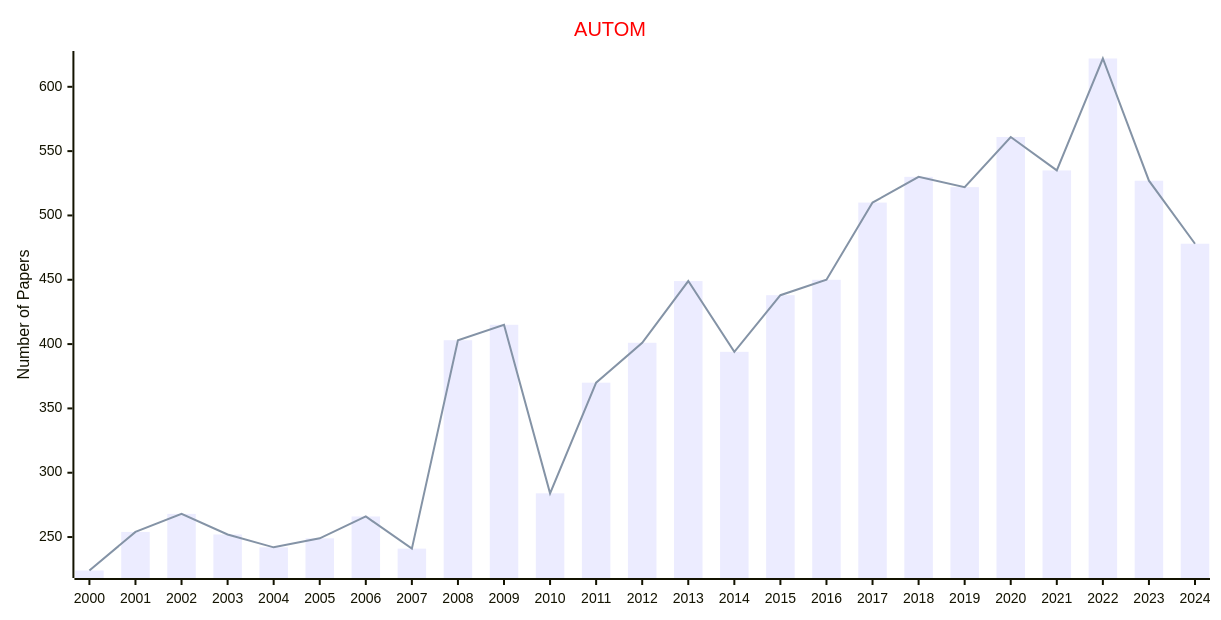
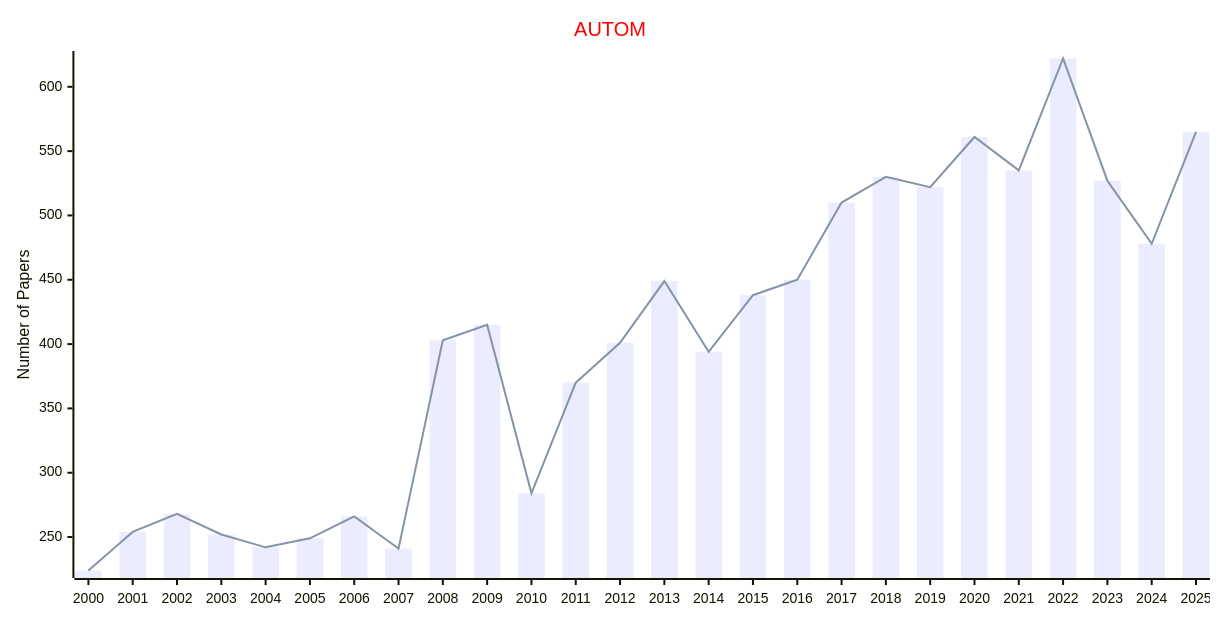
The third of 9 diagrams in docs/data/Journals/Statistics_Journals/Control_and_Automation.md (Easy-PhD/AILinks), drawn with Mermaid before and after one commit. The commit also changed other lines of this file and 107 other files, not shown here.

````diff
--- a/docs/data/Journals/Statistics_Journals/Control_and_Automation.md
+++ b/docs/data/Journals/Statistics_Journals/Control_and_Automation.md
@@ -57,17 +57,17 @@
 ```mermaid
 ---
 config:
     xyChart:
         width: 1200
         height: 600
     themeVariables:
         xyChart:
             titleColor: "#ff0000"
 ---
 xychart-beta
     title "AUTOM"
-    x-axis [2000, 2001, 2002, 2003, 2004, 2005, 2006, 2007, 2008, 2009, 2010, 2011, 2012, 2013, 2014, 2015, 2016, 2017, 2018, 2019, 2020, 2021, 2022, 2023, 2024]
+    x-axis [2000, 2001, 2002, 2003, 2004, 2005, 2006, 2007, 2008, 2009, 2010, 2011, 2012, 2013, 2014, 2015, 2016, 2017, 2018, 2019, 2020, 2021, 2022, 2023, 2024, 2025]
     y-axis "Number of Papers"
-    bar [224, 254, 268, 252, 242, 249, 266, 241, 403, 415, 284, 370, 401, 449, 394, 438, 450, 510, 530, 522, 561, 535, 622, 527, 478]
-    line [224, 254, 268, 252, 242, 249, 266, 241, 403, 415, 284, 370, 401, 449, 394, 438, 450, 510, 530, 522, 561, 535, 622, 527, 478]
+    bar [224, 254, 268, 252, 242, 249, 266, 241, 403, 415, 284, 370, 401, 449, 394, 438, 450, 510, 530, 522, 561, 535, 622, 527, 478, 565]
+    line [224, 254, 268, 252, 242, 249, 266, 241, 403, 415, 284, 370, 401, 449, 394, 438, 450, 510, 530, 522, 561, 535, 622, 527, 478, 565]
 ```
````
